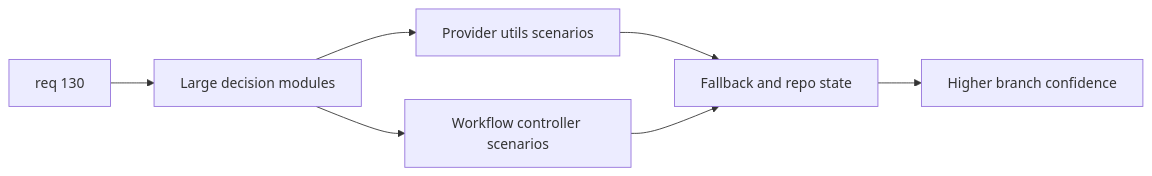
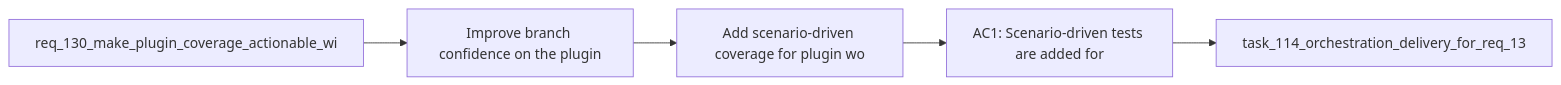
The diagram in logics/backlog/item_245_add_scenario_driven_coverage_for_plugin_workflow_and_utility_decision_paths.md (AlexAgo83/logics-manager), drawn with Mermaid before and after one commit. The commit also changed 481 other files, not shown here.

````diff
--- a/logics/backlog/item_245_add_scenario_driven_coverage_for_plugin_workflow_and_utility_decision_paths.md
+++ b/logics/backlog/item_245_add_scenario_driven_coverage_for_plugin_workflow_and_utility_decision_paths.md
@@ -28,11 +28,9 @@
 ```mermaid
 %% logics-kind: backlog
 %% logics-signature: backlog|add-scenario-driven-coverage-for-plugin-|req-130-make-plugin-coverage-actionable-|improve-branch-confidence-on-the-plugin|ac1-scenario-driven-tests-are-added-for
 flowchart LR
-    A[req 130] --> B[Large decision modules]
-    B --> C[Provider utils scenarios]
-    B --> D[Workflow controller scenarios]
-    C --> E[Fallback and repo state]
-    D --> E
-    E --> F[Higher branch confidence]
+    Request[req_130_make_plugin_coverage_actionable_wi] --> Problem[Improve branch confidence on the plugin]
+    Problem --> Scope[Add scenario-driven coverage for plugin wo]
+    Scope --> Acceptance[AC1: Scenario-driven tests are added for]
+    Acceptance --> Tasks[task_114_orchestration_delivery_for_req_13]
 ```
````
